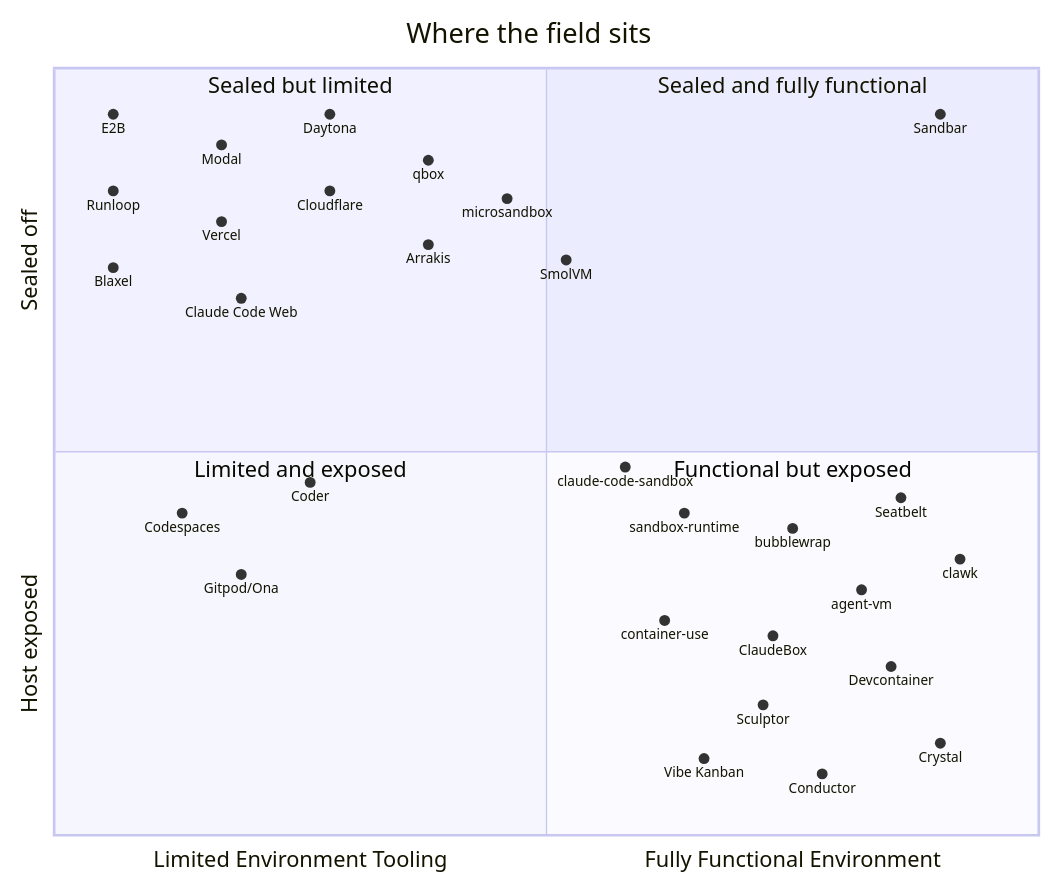
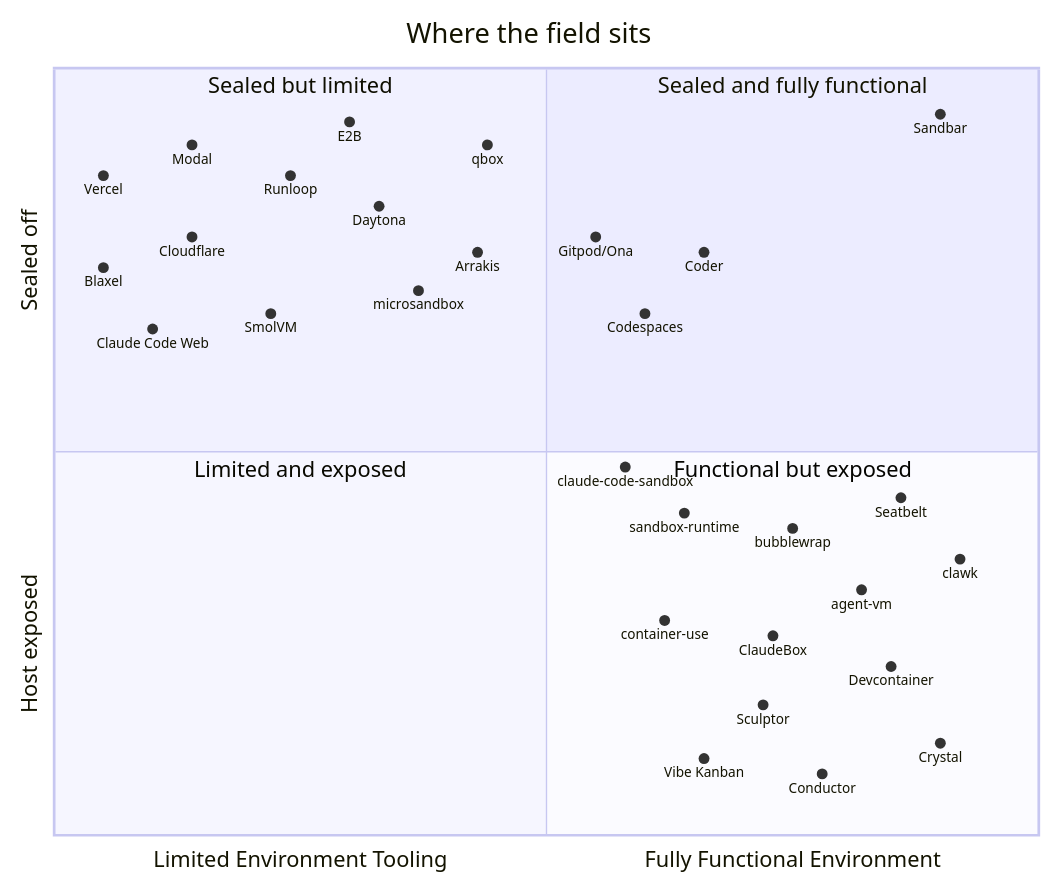
The second of 2 diagrams in docs/why.md (Lullabot/sandbar), drawn with Mermaid before and after one commit.

Commit message:
docs(why): reposition quadrant dots for the tooling axis
Cloud dev platforms (Codespaces, Coder, Gitpod/Ona) move to
fully-functional-and-sealed where they honestly belong; SmolVM moves
left as a deliberately limited per-invocation sandbox; capable cloud
sandboxes and self-host microVMs shift modestly right.

Claude-Session: https://claude.ai/code/session_01FW3WhR9isRiTHQArpdBjwP

````diff
--- a/docs/why.md
+++ b/docs/why.md
@@ -170,47 +170,47 @@
 ```mermaid
 ---
 config:
   quadrantChart:
     chartWidth: 760
     chartHeight: 640
     pointRadius: 4
     pointLabelFontSize: 10
 ---
 quadrantChart
     title Where the field sits
     x-axis Limited Environment Tooling --> Fully Functional Environment
     y-axis Host exposed --> Sealed off
     quadrant-1 Sealed and fully functional
     quadrant-2 Sealed but limited
     quadrant-3 Limited and exposed
     quadrant-4 Functional but exposed
     Sandbar: [0.90, 0.94]
-    E2B: [0.06, 0.94]
-    Modal: [0.17, 0.90]
-    Daytona: [0.28, 0.94]
-    Runloop: [0.06, 0.84]
-    Vercel: [0.17, 0.80]
-    Cloudflare: [0.28, 0.84]
-    Blaxel: [0.06, 0.74]
-    Claude Code Web: [0.19, 0.70]
-    qbox: [0.38, 0.88]
-    Arrakis: [0.38, 0.77]
-    microsandbox: [0.46, 0.83]
-    SmolVM: [0.52, 0.75]
-    Codespaces: [0.13, 0.42]
-    Coder: [0.26, 0.46]
-    Gitpod/Ona: [0.19, 0.34]
+    E2B: [0.30, 0.93]
+    Modal: [0.14, 0.90]
+    Daytona: [0.33, 0.82]
+    Runloop: [0.24, 0.86]
+    Vercel: [0.05, 0.86]
+    Cloudflare: [0.14, 0.78]
+    Blaxel: [0.05, 0.74]
+    Claude Code Web: [0.10, 0.66]
+    qbox: [0.44, 0.90]
+    Arrakis: [0.43, 0.76]
+    microsandbox: [0.37, 0.71]
+    SmolVM: [0.22, 0.68]
+    Codespaces: [0.60, 0.68]
+    Coder: [0.66, 0.76]
+    Gitpod/Ona: [0.55, 0.78]
     claude-code-sandbox: [0.58, 0.48]
     sandbox-runtime: [0.64, 0.42]
     bubblewrap: [0.75, 0.40]
     Seatbelt: [0.86, 0.44]
     container-use: [0.62, 0.28]
     ClaudeBox: [0.73, 0.26]
     Devcontainer: [0.85, 0.22]
     Vibe Kanban: [0.66, 0.10]
     Conductor: [0.78, 0.08]
     Crystal: [0.90, 0.12]
     Sculptor: [0.72, 0.17]
     clawk: [0.92, 0.36]
     agent-vm: [0.82, 0.32]
 ```
````
